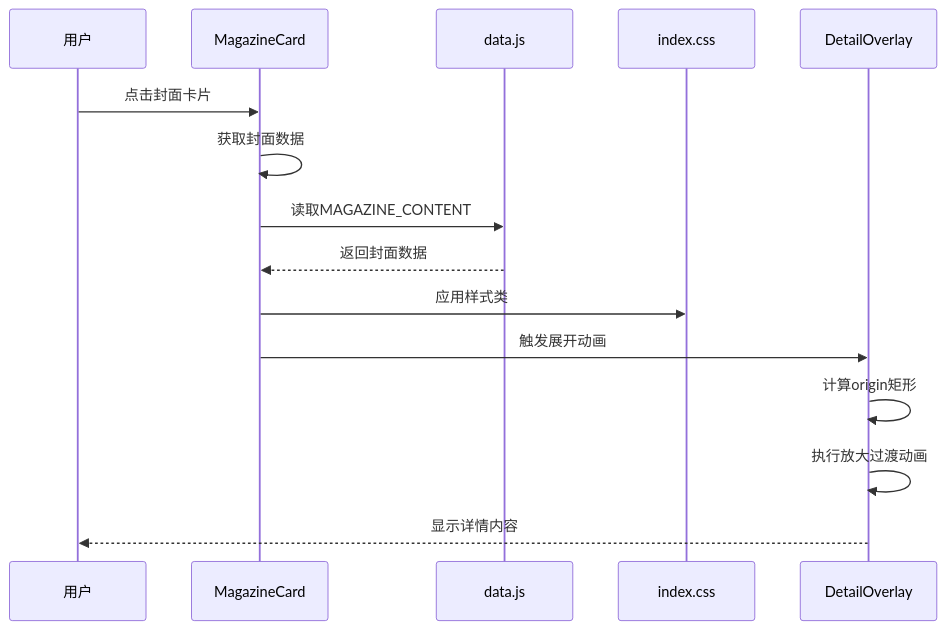
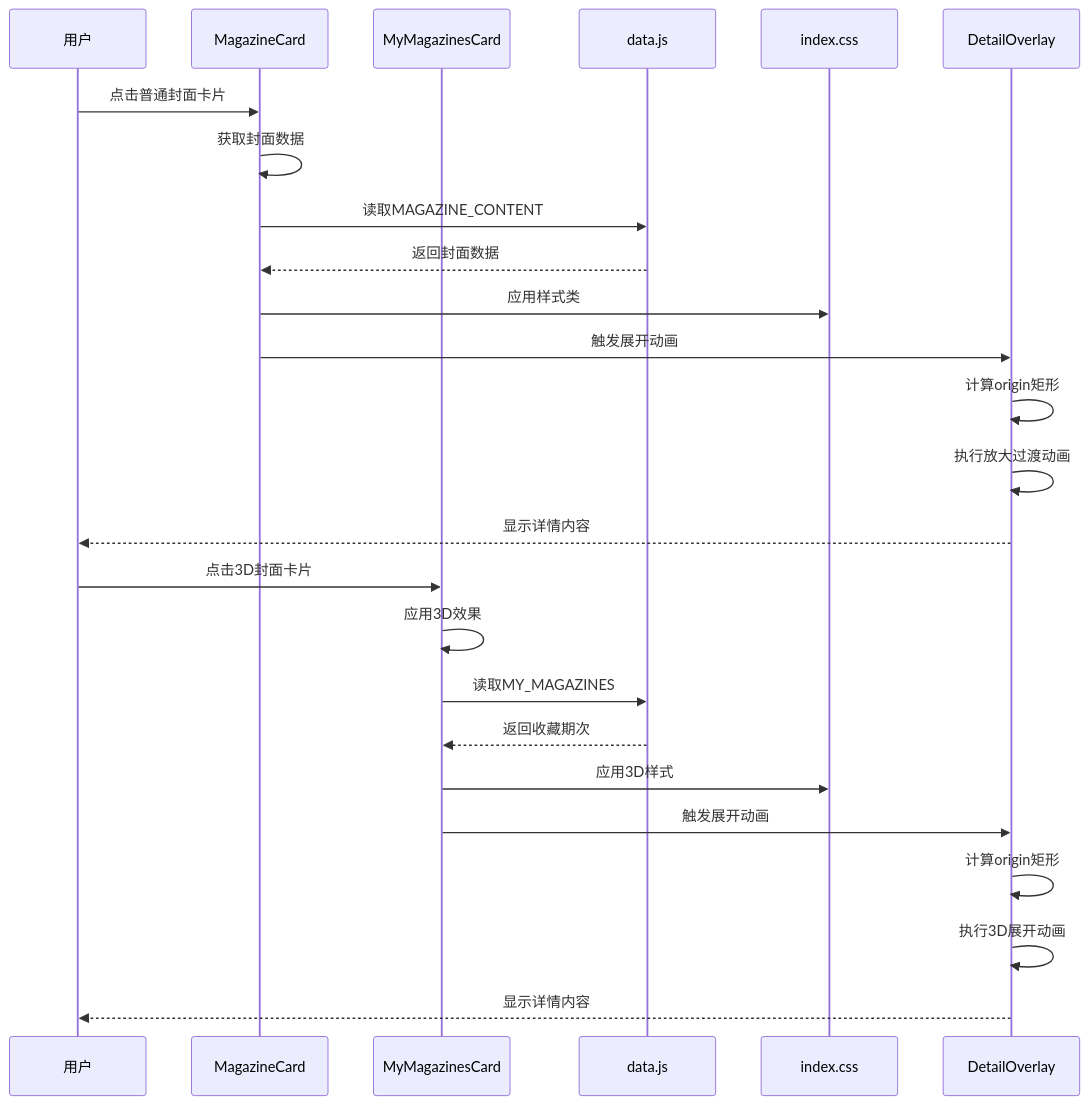
The fourth of 16 diagrams in .qoder/repowiki/zh/content/内容卡片系统/杂志封面卡片.md (billye220670/newSquare), drawn with Mermaid before and after one commit. The commit also changed other lines of this file and 7 other files, not shown here.

````diff
--- a/.qoder/repowiki/zh/content/内容卡片系统/杂志封面卡片.md
+++ b/.qoder/repowiki/zh/content/内容卡片系统/杂志封面卡片.md
@@ -178,17 +207,27 @@
 ```mermaid
 sequenceDiagram
 participant User as 用户
 participant Card as MagazineCard
+participant MyCard as MyMagazinesCard
 participant Data as data.js
 participant Style as index.css
 participant Overlay as DetailOverlay
-User->>Card : 点击封面卡片
+User->>Card : 点击普通封面卡片
 Card->>Card : 获取封面数据
 Card->>Data : 读取MAGAZINE_CONTENT
 Data-->>Card : 返回封面数据
 Card->>Style : 应用样式类
 Card->>Overlay : 触发展开动画
 Overlay->>Overlay : 计算origin矩形
 Overlay->>Overlay : 执行放大过渡动画
 Overlay-->>User : 显示详情内容
+User->>MyCard : 点击3D封面卡片
+MyCard->>MyCard : 应用3D效果
+MyCard->>Data : 读取MY_MAGAZINES
+Data-->>MyCard : 返回收藏期次
+MyCard->>Style : 应用3D样式
+MyCard->>Overlay : 触发展开动画
+Overlay->>Overlay : 计算origin矩形
+Overlay->>Overlay : 执行3D展开动画
+Overlay-->>User : 显示详情内容
 ```
````
